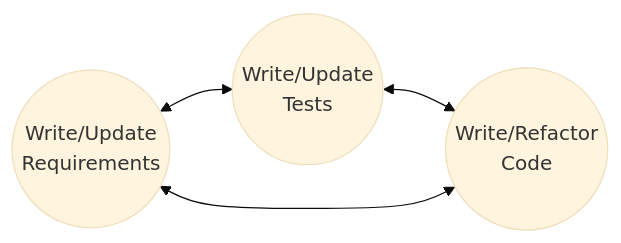
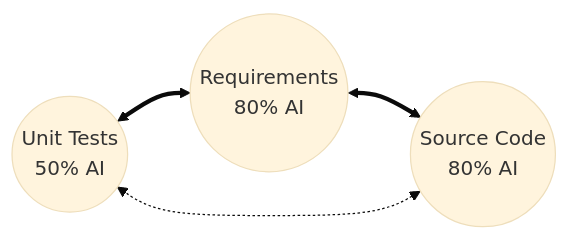
One commit to peter-lawrey/aide changed the first of 2 diagrams in aide/aide-workflow.adoc. Above: the diagram before and after it, drawn with Mermaid (base theme). The commit also changed other lines of this file and 4 other files, not shown here.

```diff
--- a/aide/aide-workflow.adoc
+++ b/aide/aide-workflow.adoc
@@ -33,7 +33,7 @@
 [mermaid]
 ----
 flowchart LR
-  A((Write/Update<br>Requirements)) <--> B((Write/Update<br>Tests))
-  B <--> C((Write/Refactor<br>Code))
-  C <--> A
+  A((Unit Tests<br>50% AI)) <==> B((Requirements<br>80% AI))
+  B <==> C((Source Code<br>80% AI))
+  C <-.-> A
 ----
```
